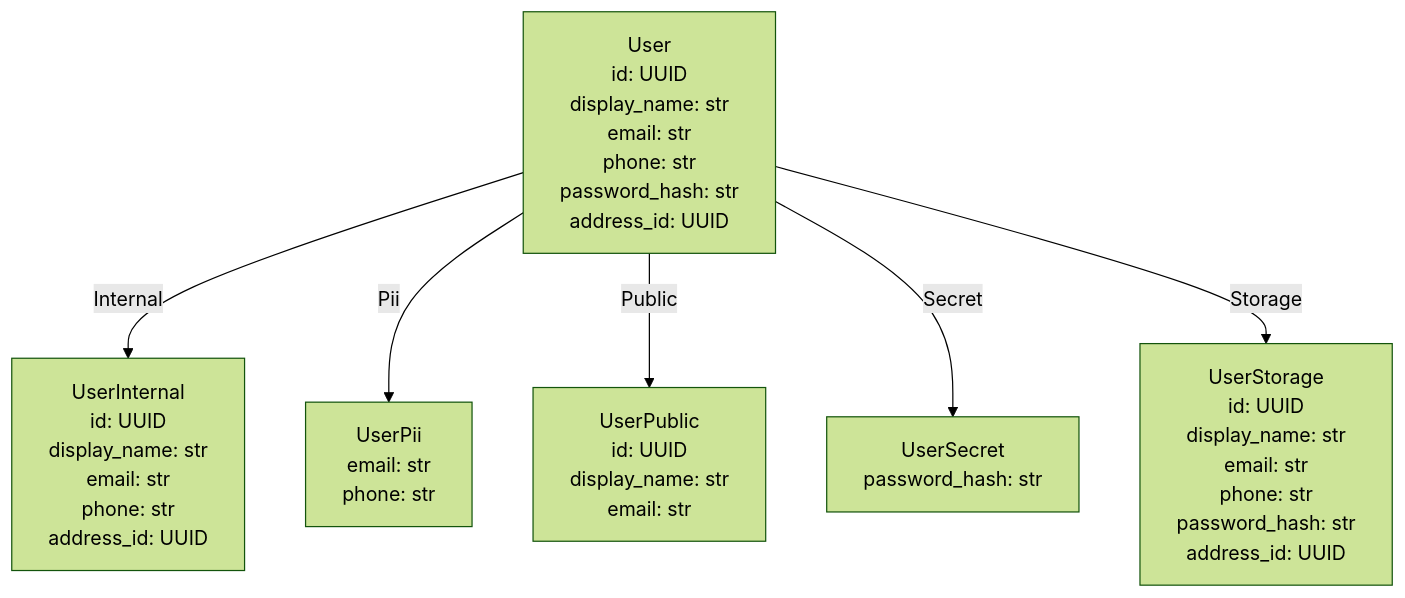
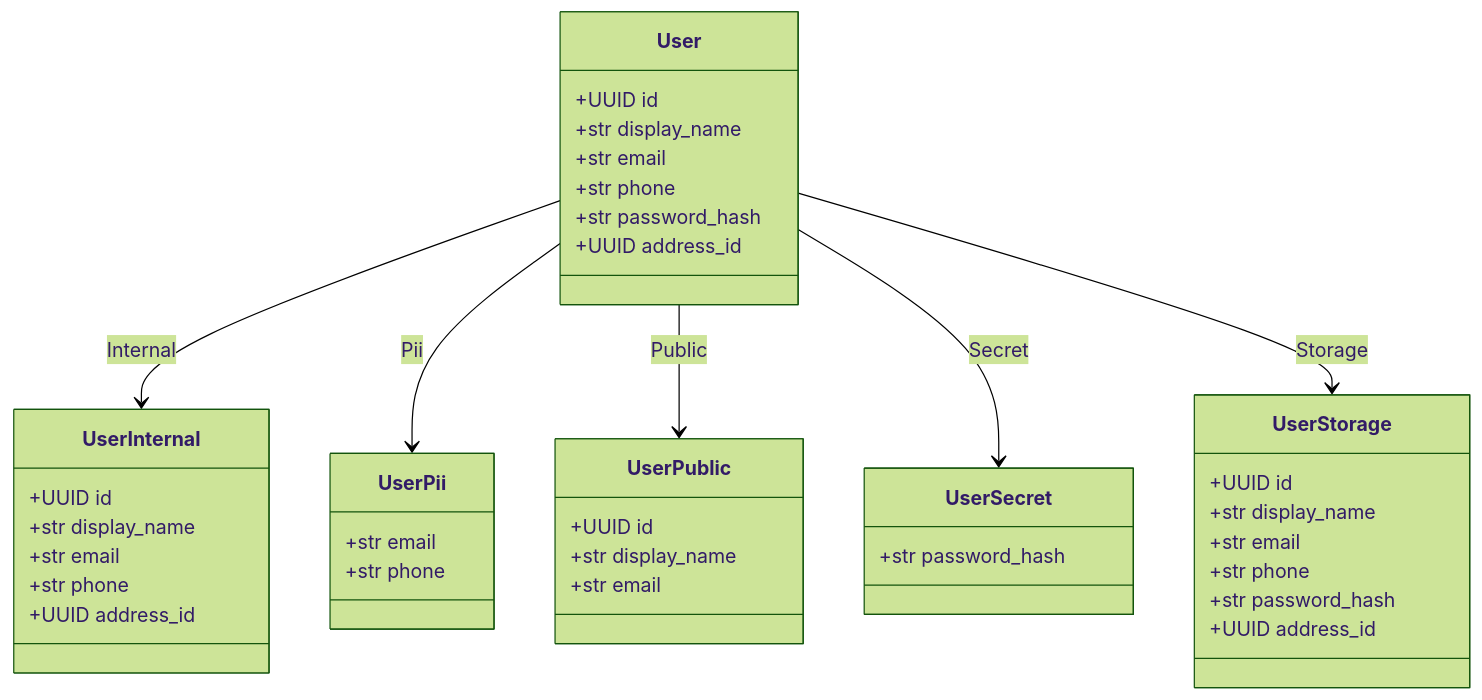
The fifth of 6 diagrams in examples/pii_dataflow/README.md (release-art/pydantic-prism), drawn with Mermaid (forest theme) before and after one commit. The commit also changed other lines of this file and 7 other files, not shown here.

````diff
--- a/examples/pii_dataflow/README.md
+++ b/examples/pii_dataflow/README.md
@@ -109,15 +161,44 @@
 ```mermaid
-graph TD
-    User["User<br/>id: UUID<br/>display_name: str<br/>email: str<br/>phone: str<br/>password_hash: str<br/>address_id: UUID"]
-    UserInternal["UserInternal<br/>id: UUID<br/>display_name: str<br/>email: str<br/>phone: str<br/>address_id: UUID"]
-    UserPii["UserPii<br/>email: str<br/>phone: str"]
-    UserPublic["UserPublic<br/>id: UUID<br/>display_name: str<br/>email: str"]
-    UserSecret["UserSecret<br/>password_hash: str"]
-    UserStorage["UserStorage<br/>id: UUID<br/>display_name: str<br/>email: str<br/>phone: str<br/>password_hash: str<br/>address_id: UUID"]
-    User -->|"Internal"| UserInternal
-    User -->|"Pii"| UserPii
-    User -->|"Public"| UserPublic
-    User -->|"Secret"| UserSecret
-    User -->|"Storage"| UserStorage
-    classDef partial stroke-dasharray: 5 5;
+classDiagram
+    direction TB
+    class User {
+        +UUID id
+        +str display_name
+        +str email
+        +str phone
+        +str password_hash
+        +UUID address_id
+    }
+    class UserInternal {
+        +UUID id
+        +str display_name
+        +str email
+        +str phone
+        +UUID address_id
+    }
+    class UserPii {
+        +str email
+        +str phone
+    }
+    class UserPublic {
+        +UUID id
+        +str display_name
+        +str email
+    }
+    class UserSecret {
+        +str password_hash
+    }
+    class UserStorage {
+        +UUID id
+        +str display_name
+        +str email
+        +str phone
+        +str password_hash
+        +UUID address_id
+    }
+    User --> UserInternal : Internal
+    User --> UserPii : Pii
+    User --> UserPublic : Public
+    User --> UserSecret : Secret
+    User --> UserStorage : Storage
 ```
````
